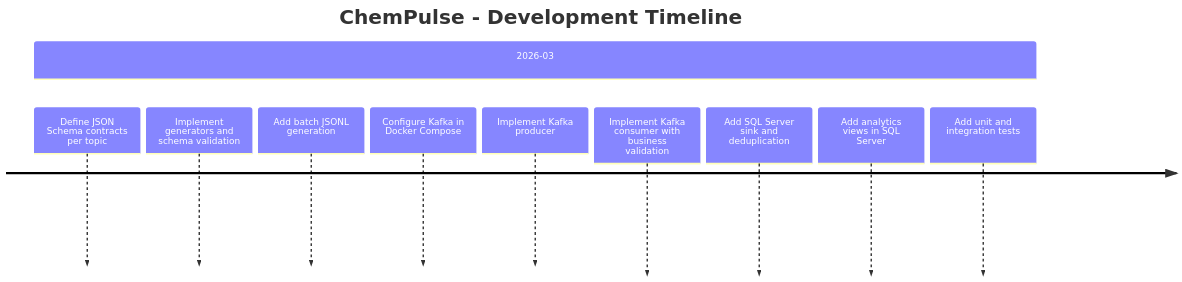
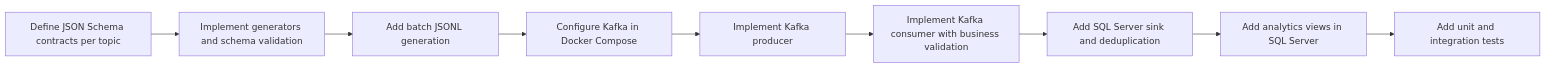
One commit to Soriader/ChemPulse changed the second of 2 diagrams in README.md. Above: the diagram before and after it, drawn with Mermaid. The commit also changed other lines of this file, not shown here.

Commit message:
[~] Rebuilt diagrams in README.md

````diff
--- a/README.md
+++ b/README.md
@@ -796,15 +170,11 @@
 ```mermaid
-timeline
-  title ChemPulse - Development Timeline
-
-  section 2026-03
-    Define JSON Schema contracts per topic
-    Implement generators and schema validation
-    Add batch JSONL generation
-    Configure Kafka in Docker Compose
-    Implement Kafka producer
-    Implement Kafka consumer with business validation
-    Add SQL Server sink and deduplication
-    Add analytics views in SQL Server
-    Add unit and integration tests
+flowchart LR
+  A[Define JSON Schema contracts per topic] --> B[Implement generators and schema validation]
+  B --> C[Add batch JSONL generation]
+  C --> D[Configure Kafka in Docker Compose]
+  D --> E[Implement Kafka producer]
+  E --> F[Implement Kafka consumer with business validation]
+  F --> G[Add SQL Server sink and deduplication]
+  G --> H[Add analytics views in SQL Server]
+  H --> I[Add unit and integration tests]
 ```
````
